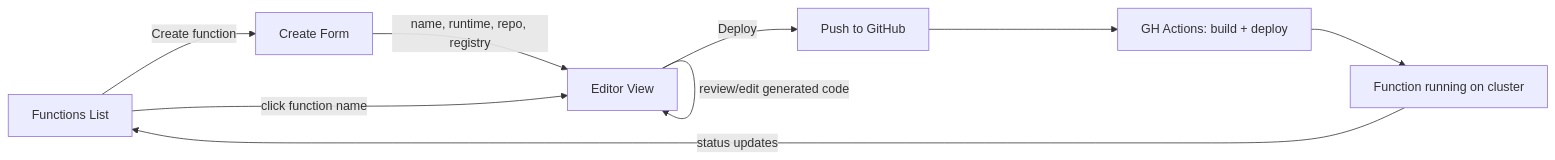
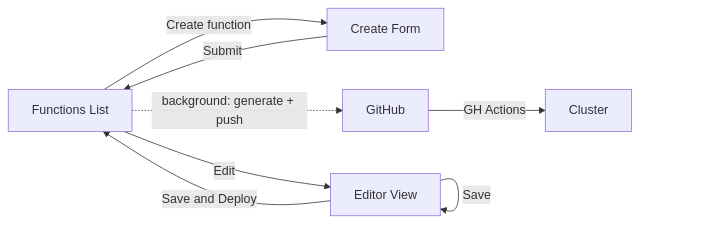
Before and after one commit to matejvasek/func-console: the second of 2 diagrams in docs/design/2026-03-16-faas-poc-design.md, drawn with Mermaid. The commit also changed other lines of this file and 1 other file, not shown here.

First line of the commit message:
docs: revise user flow and complete design

````diff
--- a/docs/design/2026-03-16-faas-poc-design.md
+++ b/docs/design/2026-03-16-faas-poc-design.md
@@ -80,11 +80,10 @@
 ```mermaid
 flowchart LR
     A[Functions List] -->|Create function| B[Create Form]
-    B -->|name, runtime, repo, registry| C[Editor View]
-    C -->|review/edit generated code| C
-    C -->|Deploy| D[Push to GitHub]
-    D --> E[GH Actions: build + deploy]
-    E --> F[Function running on cluster]
-    F -->|status updates| A
-    A -->|click function name| C
+    B -->|Submit| A
+    A -.->|background: generate + push| GH[GitHub]
+    GH -->|GH Actions| K8S[Cluster]
+    A -->|Edit| C[Editor View]
+    C -->|Save| C
+    C -->|Save and Deploy| A
 ```
````
